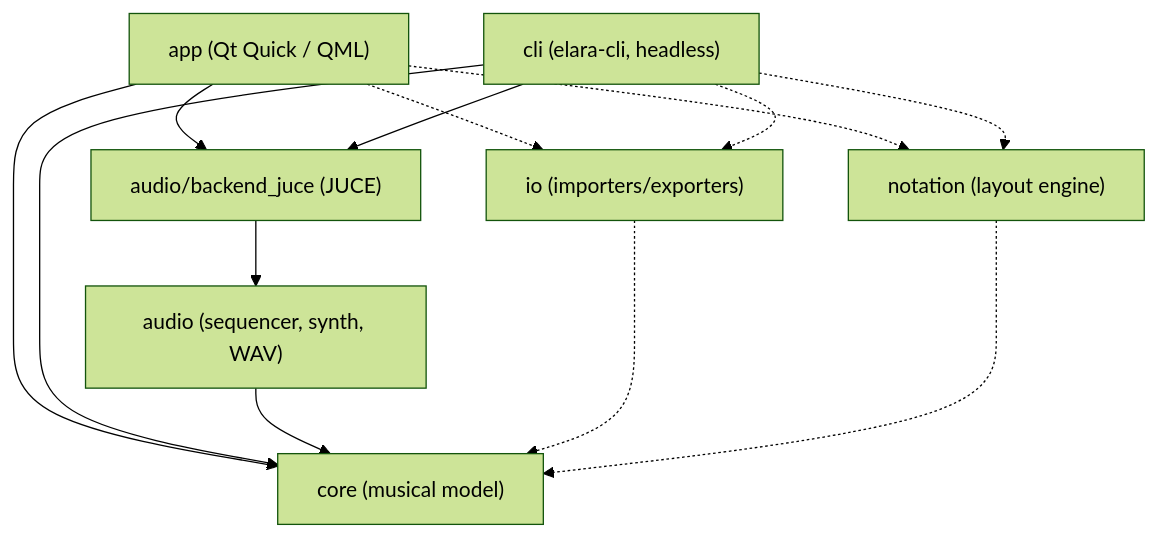
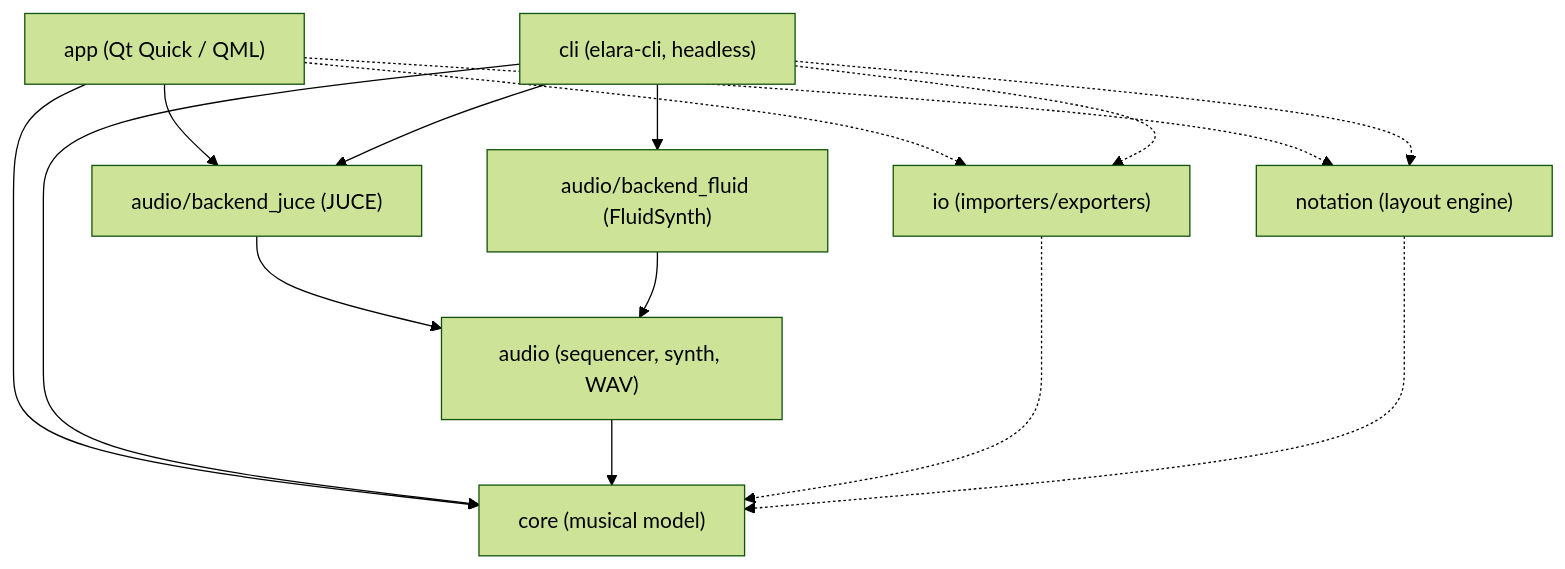
Before and after one commit to ghost-in-the-groove/elara: the diagram in docs/architecture.md, drawn with Mermaid (forest theme). The commit also changed other lines of this file and 32 other files, not shown here.

````diff
--- a/docs/architecture.md
+++ b/docs/architecture.md
@@ -5,16 +5,18 @@
 ```mermaid
 flowchart TD
     app["app (Qt Quick / QML)"] --> core
     app --> audio_juce
     app -.-> io
     app -.-> notation
     cli["cli (elara-cli, headless)"] --> core
     cli --> audio_juce
+    cli --> audio_fluid
     cli -.-> io
     cli -.-> notation
     audio_juce["audio/backend_juce (JUCE)"] --> audio
+    audio_fluid["audio/backend_fluid (FluidSynth)"] --> audio
     audio["audio (sequencer, synth, WAV)"] --> core
     io["io (importers/exporters)"] -.-> core
     notation["notation (layout engine)"] -.-> core
     core["core (musical model)"]
 ```
````
